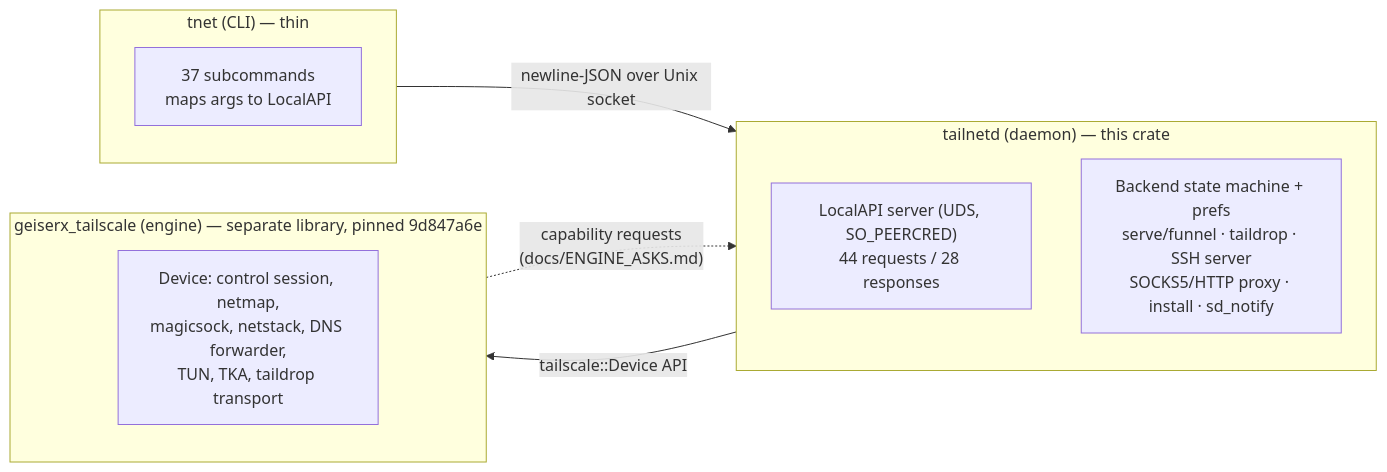
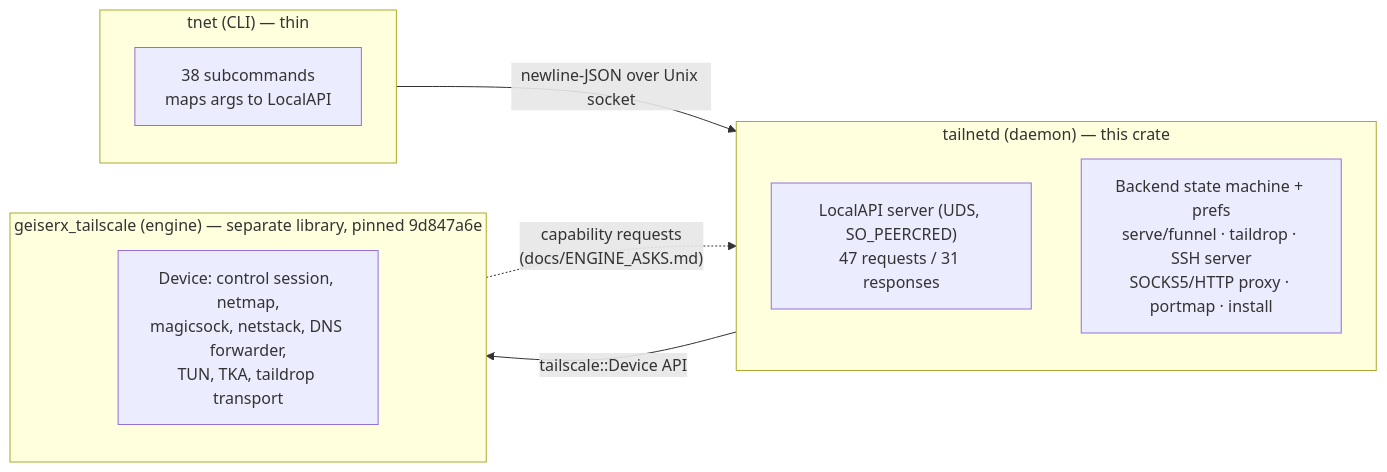
Before and after one commit to GeiserX/tailscaled-rs: the second of 3 diagrams in docs/PARITY_GAP_ANALYSIS.md, drawn with Mermaid. The commit also changed other lines of this file and 2 other files, not shown here.

````diff
--- a/docs/PARITY_GAP_ANALYSIS.md
+++ b/docs/PARITY_GAP_ANALYSIS.md
@@ -100,19 +118,19 @@
 ```mermaid
 flowchart LR
     subgraph CLI["tnet (CLI) — thin"]
         direction TB
-        C1["37 subcommands<br/>maps args to LocalAPI"]
+        C1["38 subcommands<br/>maps args to LocalAPI"]
     end
     subgraph DAEMON["tailnetd (daemon) — this crate"]
         direction TB
-        D1["LocalAPI server (UDS, SO_PEERCRED)<br/>44 requests / 28 responses"]
-        D2["Backend state machine + prefs<br/>serve/funnel · taildrop · SSH server<br/>SOCKS5/HTTP proxy · install · sd_notify"]
+        D1["LocalAPI server (UDS, SO_PEERCRED)<br/>47 requests / 31 responses"]
+        D2["Backend state machine + prefs<br/>serve/funnel · taildrop · SSH server<br/>SOCKS5/HTTP proxy · portmap · install"]
     end
     subgraph ENGINE["geiserx_tailscale (engine) — separate library, pinned 9d847a6e"]
         direction TB
         E1["Device: control session, netmap,<br/>magicsock, netstack, DNS forwarder,<br/>TUN, TKA, taildrop transport"]
     end
     CLI -->|"newline-JSON over Unix socket"| DAEMON
     DAEMON -->|"tailscale::Device API"| ENGINE
     ENGINE -.->|"capability requests<br/>(docs/ENGINE_ASKS.md)"| DAEMON
 ```
````
